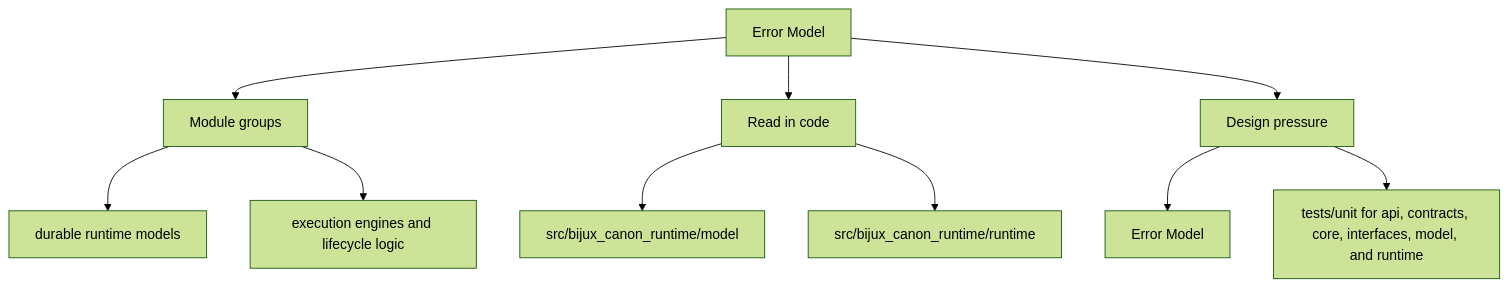
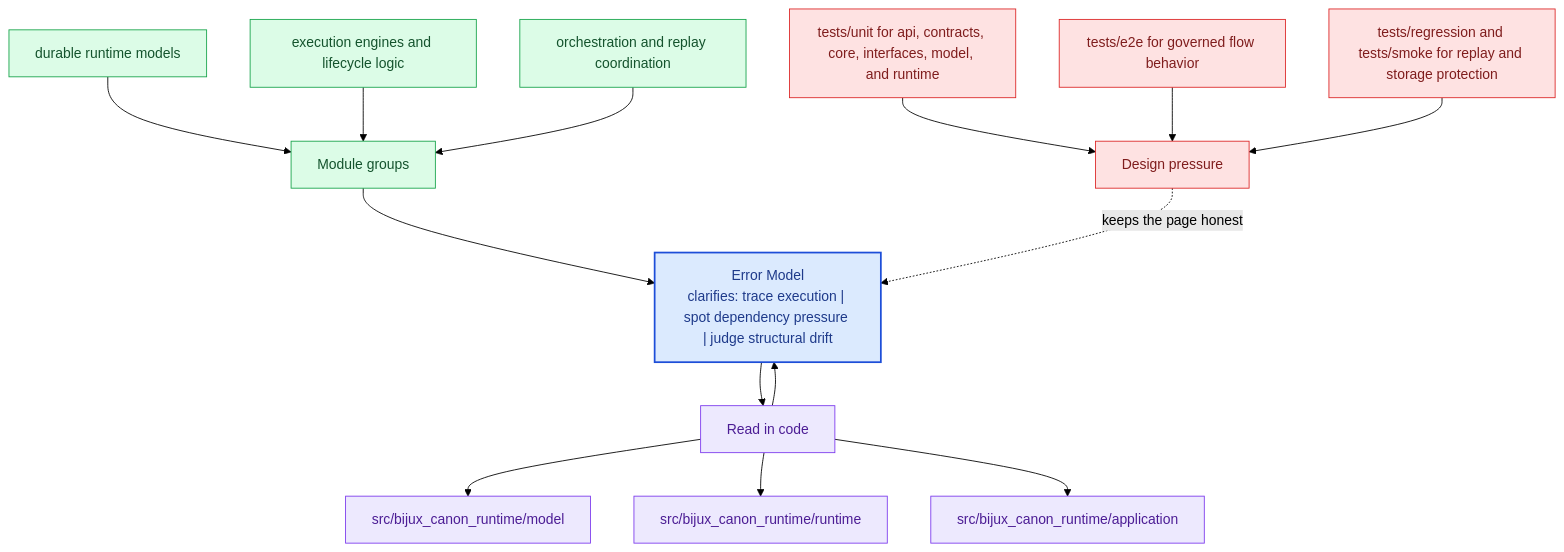
The second of 2 diagrams in docs/bijux-canon-runtime/architecture/error-model.md (bijux/bijux-canon), drawn with Mermaid (forest theme) before and after one commit. The commit also changed other lines of this file and 281 other files, not shown here.

Commit message:
docs(diagrams): deepen handbook mermaid maps across the catalog

````diff
--- a/docs/bijux-canon-runtime/architecture/error-model.md
+++ b/docs/bijux-canon-runtime/architecture/error-model.md
@@ -35,22 +68,40 @@
 ```mermaid
-flowchart TD
-    page["Error Model"]
+flowchart TB
+    promise["Error Model<br/>clarifies: trace execution | spot dependency pressure | judge structural drift"]
+    classDef promise fill:#dbeafe,stroke:#1d4ed8,color:#1e3a8a,stroke-width:2px;
+    classDef driver fill:#dcfce7,stroke:#16a34a,color:#14532d;
+    classDef constraint fill:#fee2e2,stroke:#dc2626,color:#7f1d1d;
+    classDef ground fill:#ede9fe,stroke:#7c3aed,color:#4c1d95;
     focus1["Module groups"]
-    page --> focus1
+    focus1 --> promise
     focus1_1["durable runtime models"]
-    focus1 --> focus1_1
+    focus1_1 --> focus1
     focus1_2["execution engines and lifecycle logic"]
-    focus1 --> focus1_2
+    focus1_2 --> focus1
+    focus1_3["orchestration and replay coordination"]
+    focus1_3 --> focus1
+    class focus1 driver;
+    class focus1_1,focus1_2,focus1_3 driver;
     focus2["Read in code"]
-    page --> focus2
+    focus2 --> promise
+    promise --> focus2
     focus2_1["src/bijux_canon_runtime/model"]
     focus2 --> focus2_1
     focus2_2["src/bijux_canon_runtime/runtime"]
     focus2 --> focus2_2
+    focus2_3["src/bijux_canon_runtime/application"]
+    focus2 --> focus2_3
+    class focus2 ground;
+    class focus2_1,focus2_2,focus2_3 ground;
     focus3["Design pressure"]
-    page --> focus3
-    focus3_1["Error Model"]
-    focus3 --> focus3_1
-    focus3_2["tests/unit for api, contracts, core, interfaces, model, and runtime"]
-    focus3 --> focus3_2
+    focus3 -.keeps the page honest.-> promise
+    focus3_1["tests/unit for api, contracts, core, interfaces, model, and runtime"]
+    focus3_1 --> focus3
+    focus3_2["tests/e2e for governed flow behavior"]
+    focus3_2 --> focus3
+    focus3_3["tests/regression and tests/smoke for replay and storage protection"]
+    focus3_3 --> focus3
+    class focus3 constraint;
+    class focus3_1,focus3_2,focus3_3 constraint;
+    class promise promise;
 ```
````
